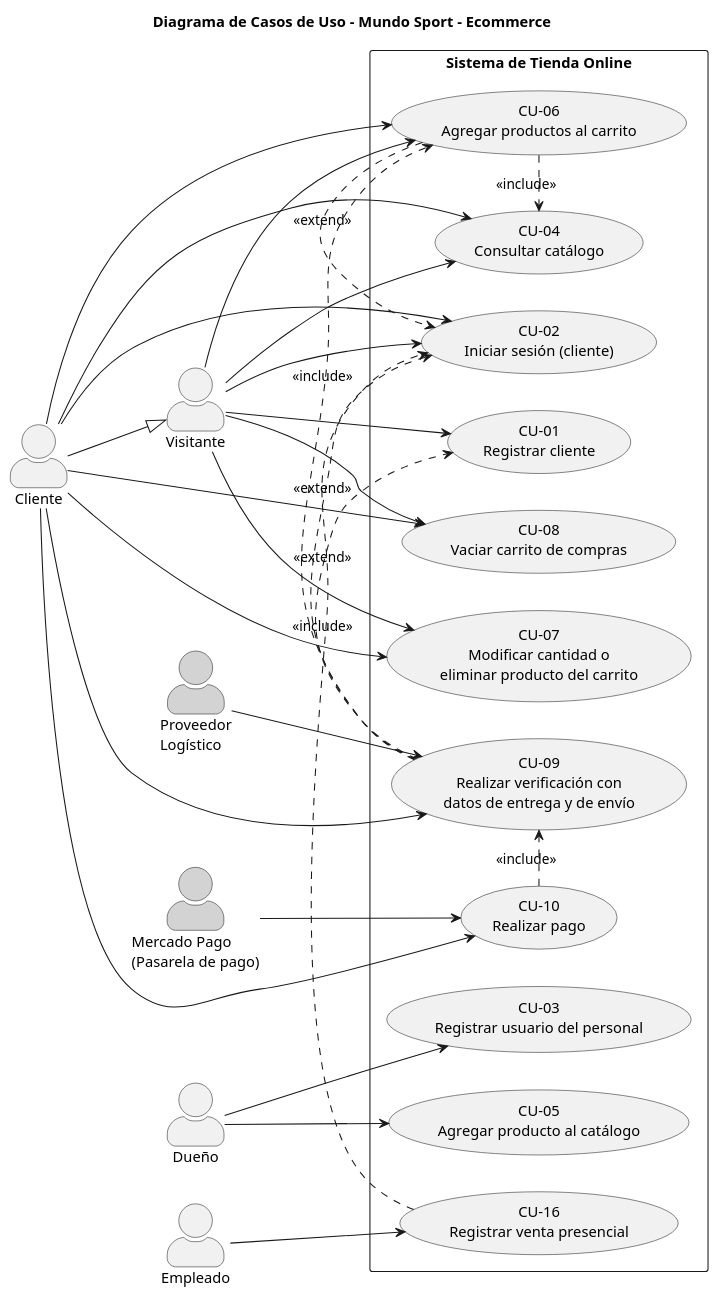
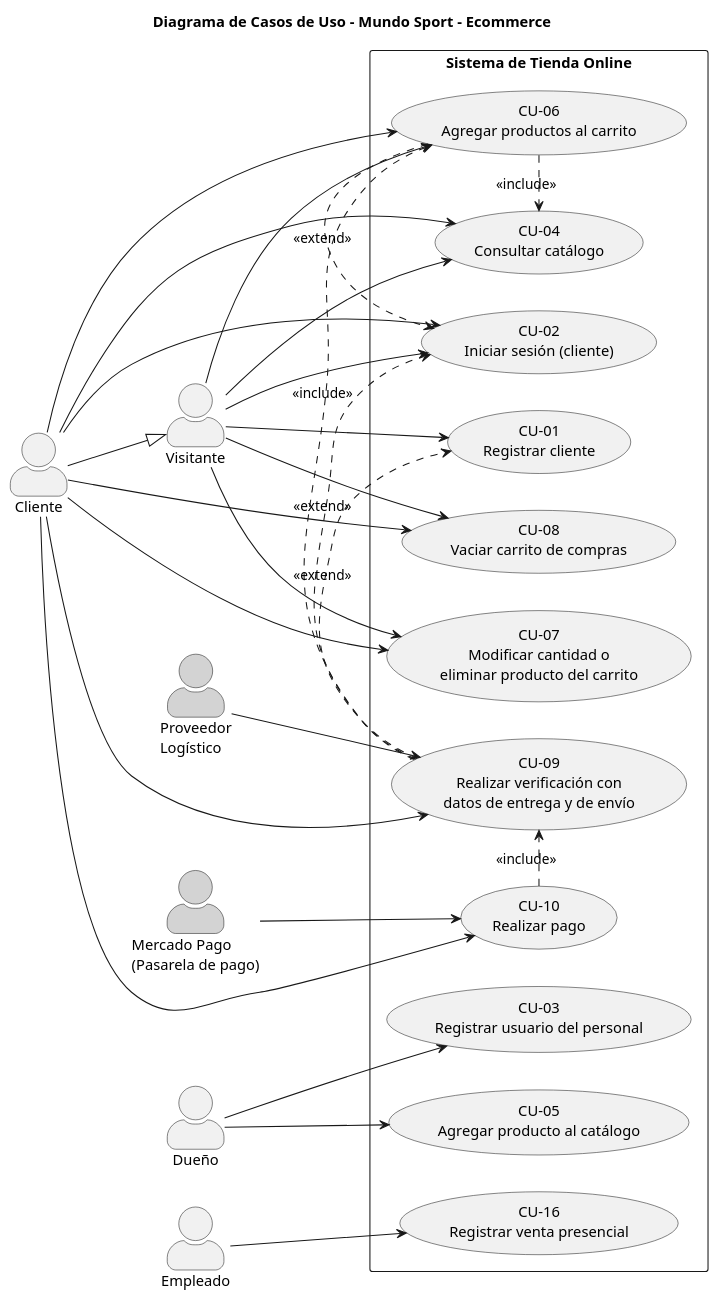
One commit to Danieljaime21/eidas-grupo05-revision changed the diagram in diagramas/casos-de-uso.puml. Above: the diagram before and after it, drawn with PlantUML.

Commit message:
Se modifico relacion en diagrama CU

```diff
--- a/diagramas/casos-de-uso.puml
+++ b/diagramas/casos-de-uso.puml
@@ -1,69 +1,68 @@
 @startuml
 title Diagrama de Casos de Uso - Mundo Sport - Ecommerce
 
 left to right direction
 skinparam packageStyle rectangle
 skinparam actorStyle awesome
 
 ' --- Actores ---
 actor "Visitante" as Visitante
 actor "Cliente" as Cliente
 actor "Dueño" as Dueno
 actor "Empleado" as Empleado
 actor "Proveedor\nLogístico" as Proveedor #LightGray
 actor "Mercado Pago\n(Pasarela de pago)" as MP #LightGray
 
 ' Herencia: Cliente es un Visitante autenticado
 Cliente --|> Visitante
 
 ' --- Sistema ---
 rectangle "Sistema de Tienda Online" {
   usecase "CU-01\nRegistrar cliente" as UC01
   usecase "CU-02\nIniciar sesión (cliente)" as UC02
   usecase "CU-03\nRegistrar usuario del personal" as UC03
   usecase "CU-04\nConsultar catálogo" as UC04
   usecase "CU-05\nAgregar producto al catálogo" as UC05
   usecase "CU-06\nAgregar productos al carrito" as UC06
   usecase "CU-07\nModificar cantidad o\neliminar producto del carrito" as UC07
   usecase "CU-08\nVaciar carrito de compras" as UC08
   usecase "CU-09\nRealizar verificación con\ndatos de entrega y de envío" as UC09
   usecase "CU-10\nRealizar pago" as UC10
   usecase "CU-16\nRegistrar venta presencial" as UC16
 }
 
 ' --- Relaciones actor - caso de uso ---
 Visitante --> UC01
 Visitante --> UC02
 Visitante --> UC04
 Visitante --> UC06
 Visitante --> UC07
 Visitante --> UC08
 
 Cliente --> UC02
 Cliente --> UC04
 Cliente --> UC06
 Cliente --> UC07
 Cliente --> UC08
 Cliente --> UC09
 Cliente --> UC10
 
 Dueno --> UC03
 Dueno --> UC05
 
 Empleado --> UC16
 
 Proveedor --> UC09
 MP --> UC10
 
 ' --- Relaciones entre casos de uso ---
 UC06 .> UC04 : <<include>>
 UC09 .> UC06 : <<include>>
 UC10 .> UC09 : <<include>>
 
 UC09 .> UC02 : <<extend>>
 UC09 .> UC01 : <<extend>>
 UC06 .> UC02 : <<extend>>
 
-UC16 .> UC02 : <<include>>
 
 @enduml
```
